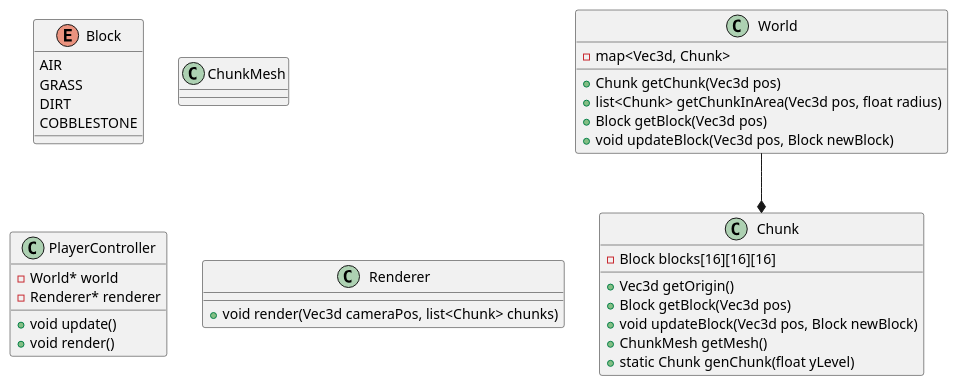
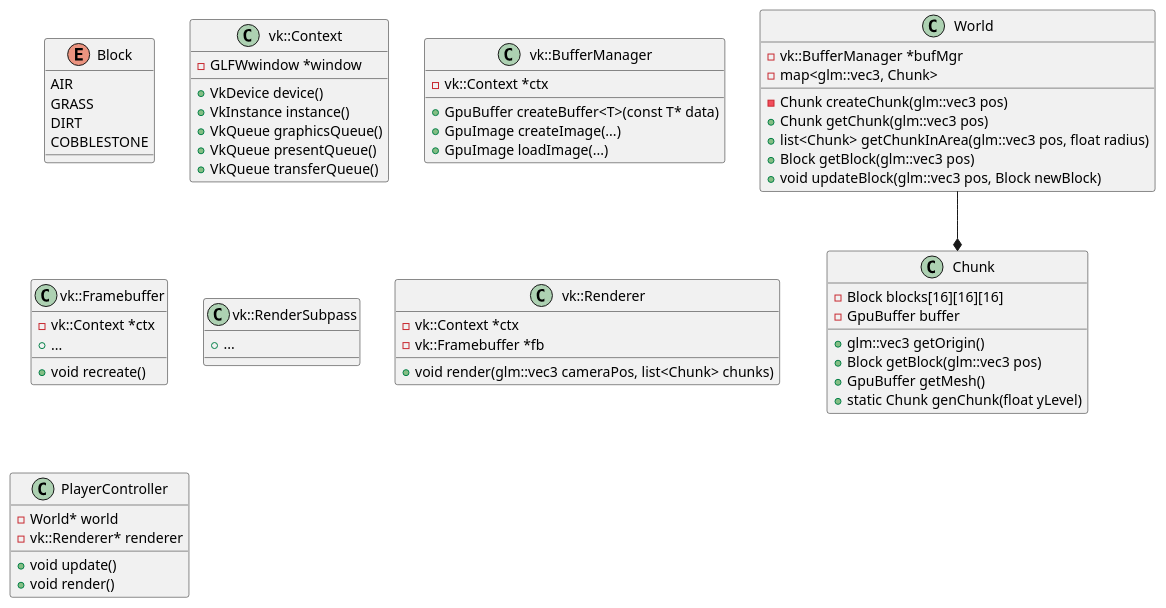
The diagram in docs/requirements.md (Tazdevil971/UnnamedMinecraftClone), drawn with PlantUML before and after one commit.

Commit message:
Updated UML

````diff
--- a/docs/requirements.md
+++ b/docs/requirements.md
@@ -21,42 +21,70 @@
 ```plantuml
 @startuml
   enum Block {
     AIR
     GRASS
     DIRT
     COBBLESTONE
   }
   
-  class ChunkMesh {}
+  class vk::Context {
+    - GLFWwindow *window
+    + VkDevice device()
+    + VkInstance instance()
+    + VkQueue graphicsQueue()
+    + VkQueue presentQueue()
+    + VkQueue transferQueue()
+  }
+
+  class vk::BufferManager {
+    - vk::Context *ctx
+    + GpuBuffer createBuffer<T>(const T* data)
+    + GpuImage createImage(...)
+    + GpuImage loadImage(...)
+  }
+
+  class vk::Framebuffer {
+    - vk::Context *ctx
+    + void recreate()
+    + ...
+  }
+
+  class vk::RenderSubpass {
+    + ...
+  }
+
+  class vk::Renderer {
+    - vk::Context *ctx
+    - vk::Framebuffer *fb
+    + void render(glm::vec3 cameraPos, list<Chunk> chunks)
+  }
 
   class Chunk {
     - Block blocks[16][16][16]
-    + Vec3d getOrigin()
-    + Block getBlock(Vec3d pos)
-    + void updateBlock(Vec3d pos, Block newBlock)
-    + ChunkMesh getMesh()
+    - GpuBuffer buffer
+    + glm::vec3 getOrigin()
+    + Block getBlock(glm::vec3 pos)
+    + GpuBuffer getMesh()
     + static Chunk genChunk(float yLevel)
   }
 
   World --* Chunk
 
   class World {
-    - map<Vec3d, Chunk>
-    + Chunk getChunk(Vec3d pos)
-    + list<Chunk> getChunkInArea(Vec3d pos, float radius)
-    + Block getBlock(Vec3d pos)
-    + void updateBlock(Vec3d pos, Block newBlock)
+    - vk::BufferManager *bufMgr
+    - map<glm::vec3, Chunk>
+    - Chunk createChunk(glm::vec3 pos)
+    + Chunk getChunk(glm::vec3 pos)
+    + list<Chunk> getChunkInArea(glm::vec3 pos, float radius)
+    + Block getBlock(glm::vec3 pos)
+    + void updateBlock(glm::vec3 pos, Block newBlock)
   }
 
   class PlayerController {
     - World* world
-    - Renderer* renderer
+    - vk::Renderer* renderer
     + void update()
     + void render()
   }
-
-  class Renderer {
-    + void render(Vec3d cameraPos, list<Chunk> chunks)
-  }
 @enduml
 ```
````
